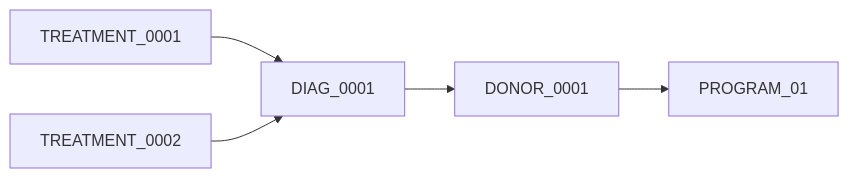
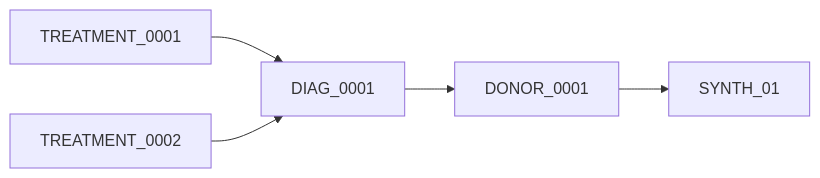
Before and after one commit to CanDIG/katsu: the fourth of 9 diagrams in chord_metadata_service/mohpackets/data/small_dataset/README.md, drawn with Mermaid. The commit also changed other lines of this file and 14 other files, not shown here.

````diff
--- a/chord_metadata_service/mohpackets/data/small_dataset/README.md
+++ b/chord_metadata_service/mohpackets/data/small_dataset/README.md
@@ -69,6 +69,6 @@
 ```mermaid
 graph LR;
   TREATMENT_0001 --> DIAG_0001;
   TREATMENT_0002 --> DIAG_0001;
-  DIAG_0001 --> DONOR_0001 --> PROGRAM_01;
+  DIAG_0001 --> DONOR_0001 --> SYNTH_01;
 ```
````
